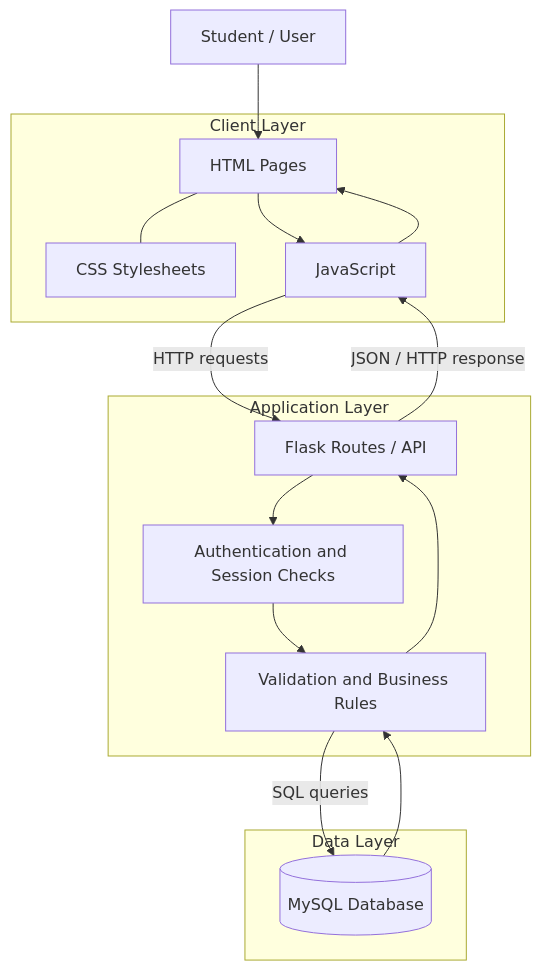
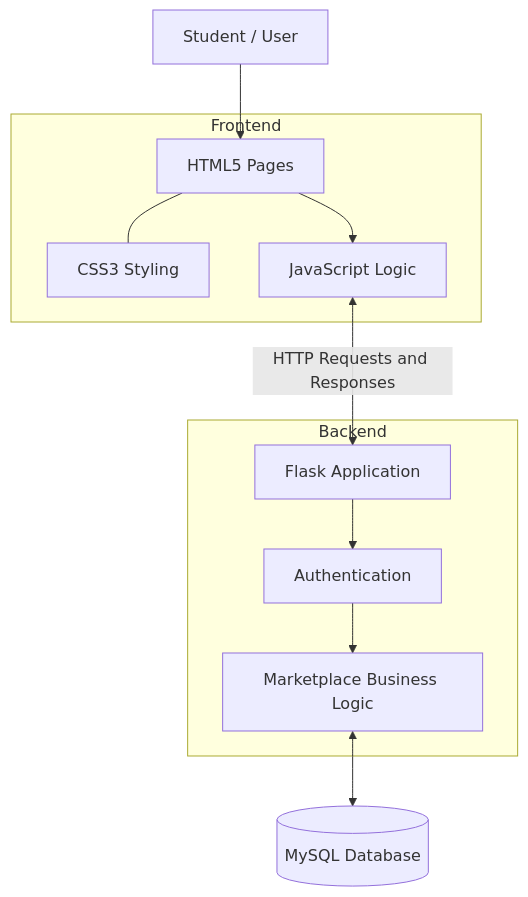
The first of 2 diagrams in README.md (PrabhakarRavichandran/BookLoop), drawn with Mermaid before and after one commit. The commit also changed other lines of this file, not shown here.

````diff
--- a/README.md
+++ b/README.md
@@ -339,29 +130,26 @@
-``` mermaid
+```mermaid
 flowchart TB
     U[Student / User]
-    subgraph Client["Client Layer"]
-        P[HTML Pages]
-        C[CSS Stylesheets]
-        J[JavaScript]
-    end
-    subgraph Server["Application Layer"]
-        R[Flask Routes / API]
-        V[Validation and Business Rules]
-        A[Authentication and Session Checks]
-    end
-    subgraph Data["Data Layer"]
-        DB[(MySQL Database)]
+
+    subgraph FRONTEND["Frontend"]
+        HTML[HTML5 Pages]
+        CSS[CSS3 Styling]
+        JS[JavaScript Logic]
     end
 
-    U --> P
-    P --- C
-    P --> J
-    J -->|HTTP requests| R
-    R --> A
-    A --> V
-    V -->|SQL queries| DB
-    DB --> V
-    V --> R
-    R -->|JSON / HTTP response| J
-    J --> P
+    subgraph BACKEND["Backend"]
+        FLASK[Flask Application]
+        AUTH[Authentication]
+        LOGIC[Marketplace Business Logic]
+    end
+
+    DB[(MySQL Database)]
+
+    U --> HTML
+    HTML --- CSS
+    HTML --> JS
+    JS <-->|HTTP Requests and Responses| FLASK
+    FLASK --> AUTH
+    AUTH --> LOGIC
+    LOGIC <--> DB
 ```
````
